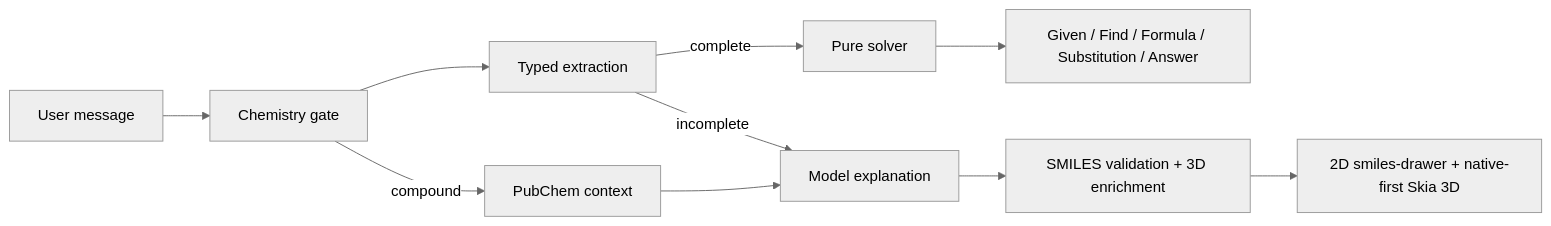
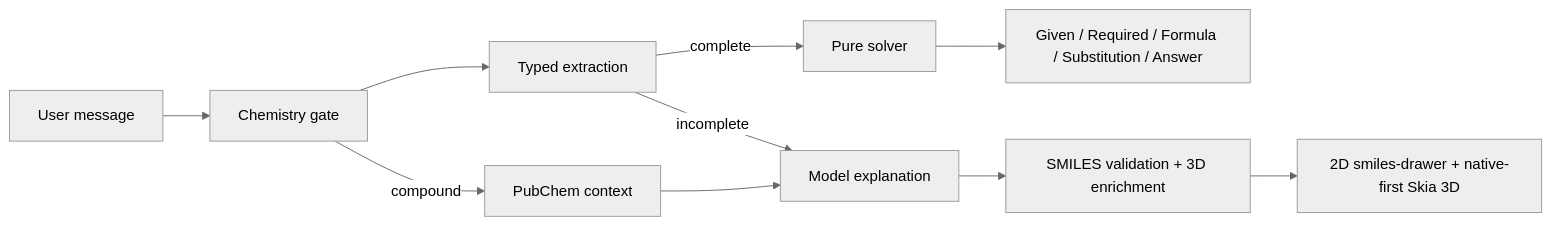
Before and after one commit to bennnnnn/recall: the diagram in docs/chemistry.md, drawn with Mermaid (neutral theme). The commit also changed other lines of this file and 64 other files, not shown here.

````diff
--- a/docs/chemistry.md
+++ b/docs/chemistry.md
@@ -140,12 +140,12 @@
 ```mermaid
 flowchart LR
   message[User message] --> gate[Chemistry gate]
   gate --> extract[Typed extraction]
   extract -->|complete| solve[Pure solver]
-  solve --> direct[Given / Find / Formula / Substitution / Answer]
+  solve --> direct[Given / Required / Formula / Substitution / Answer]
   extract -->|incomplete| model[Model explanation]
   gate -->|compound| pubchem[PubChem context]
   model --> enrich[SMILES validation + 3D enrichment]
   pubchem --> model
   enrich --> mobile[2D smiles-drawer + native-first Skia 3D]
 ```
````
